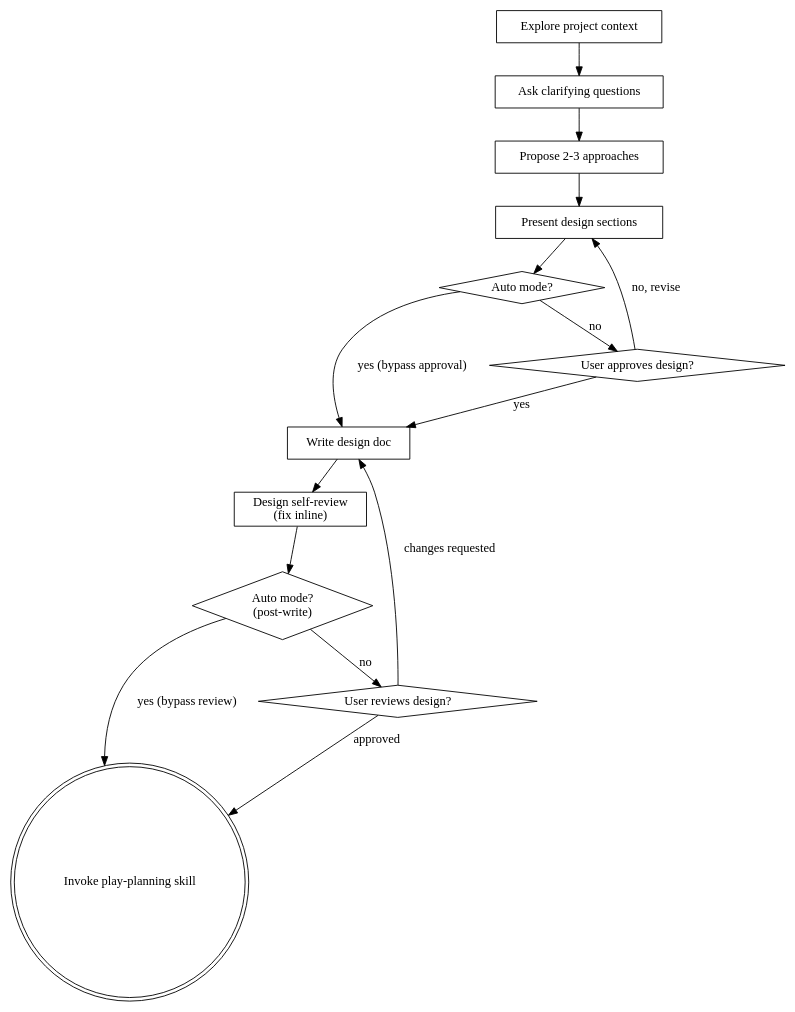
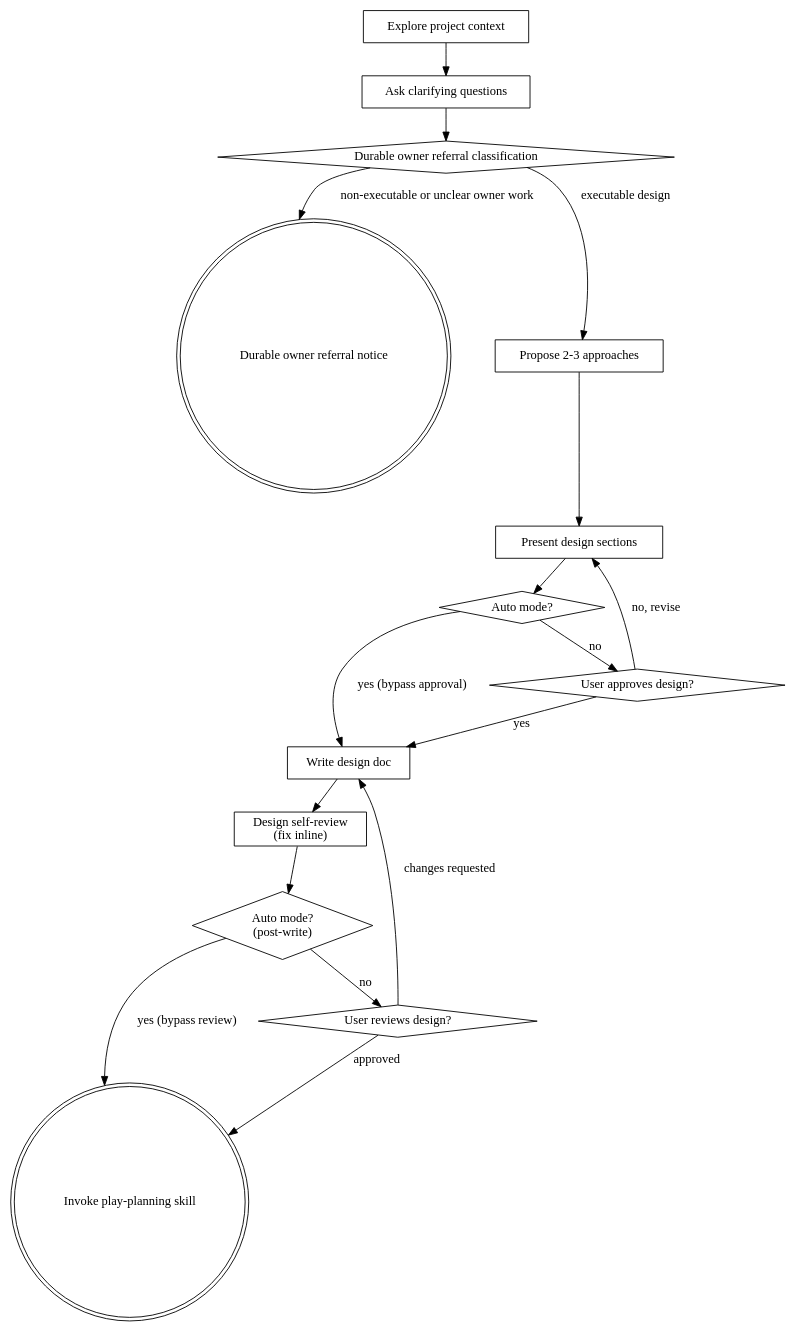
The diagram in skills/play-brainstorm/SKILL.md (ryumiel/devcanon), drawn with Graphviz before and after one commit. The commit also changed other lines of this file and 3 other files, not shown here.

First line of the commit message:
docs(skills): clarify play-brainstorm durable owner referrals (#254)

````diff
--- a/skills/play-brainstorm/SKILL.md
+++ b/skills/play-brainstorm/SKILL.md
@@ -130,30 +133,34 @@
 ```dot
 digraph brainstorming {
     "Explore project context" [shape=box];
+    "Durable owner referral classification" [shape=diamond];
+    "Durable owner referral notice" [shape=doublecircle];
     "Ask clarifying questions" [shape=box];
     "Propose 2-3 approaches" [shape=box];
     "Present design sections" [shape=box];
     "Auto mode?" [shape=diamond];
     "User approves design?" [shape=diamond];
     "Write design doc" [shape=box];
     "Design self-review\n(fix inline)" [shape=box];
     "Auto mode?\n(post-write)" [shape=diamond];
     "User reviews design?" [shape=diamond];
     "Invoke play-planning skill" [shape=doublecircle];
 
     "Explore project context" -> "Ask clarifying questions";
-    "Ask clarifying questions" -> "Propose 2-3 approaches";
+    "Ask clarifying questions" -> "Durable owner referral classification";
+    "Durable owner referral classification" -> "Durable owner referral notice" [label="non-executable or unclear owner work"];
+    "Durable owner referral classification" -> "Propose 2-3 approaches" [label="executable design"];
     "Propose 2-3 approaches" -> "Present design sections";
     "Present design sections" -> "Auto mode?";
     "Auto mode?" -> "Write design doc" [label="yes (bypass approval)"];
     "Auto mode?" -> "User approves design?" [label="no"];
     "User approves design?" -> "Present design sections" [label="no, revise"];
     "User approves design?" -> "Write design doc" [label="yes"];
     "Write design doc" -> "Design self-review\n(fix inline)";
     "Design self-review\n(fix inline)" -> "Auto mode?\n(post-write)";
     "Auto mode?\n(post-write)" -> "Invoke play-planning skill" [label="yes (bypass review)"];
     "Auto mode?\n(post-write)" -> "User reviews design?" [label="no"];
     "User reviews design?" -> "Write design doc" [label="changes requested"];
     "User reviews design?" -> "Invoke play-planning skill" [label="approved"];
 }
 ```
````
